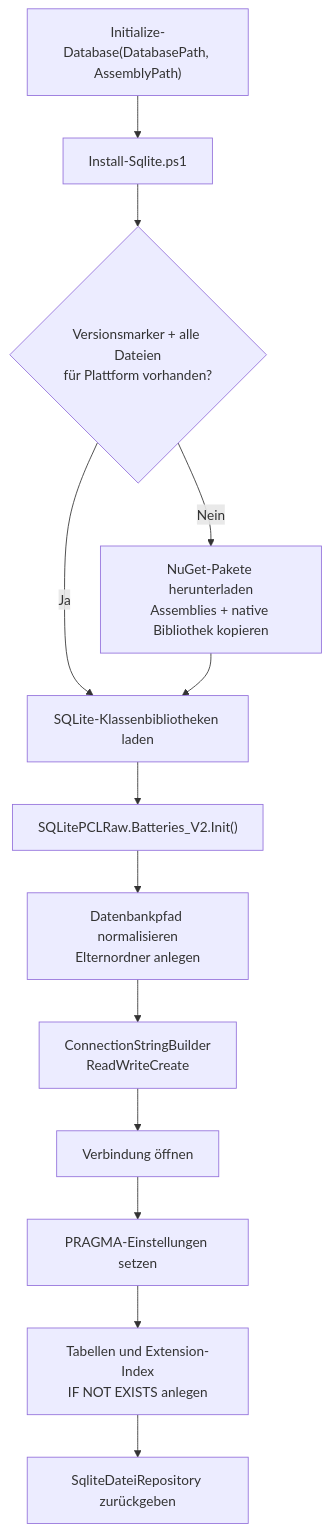
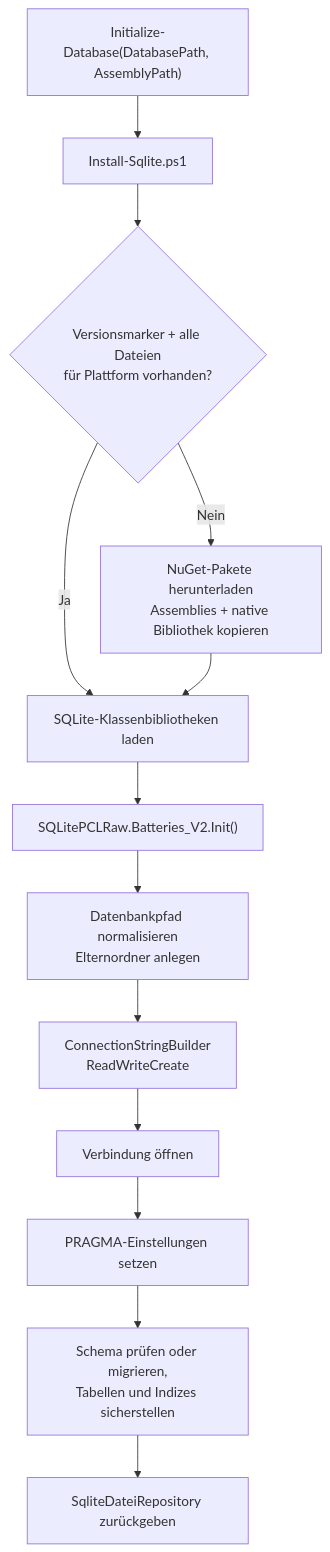
Before and after one commit to Henry-lge/PowerShell-Suchmaschine: the fourth of 4 diagrams in DATABASE.md, drawn with Mermaid. The commit also changed other lines of this file and 6 other files, not shown here.

````diff
--- a/DATABASE.md
+++ b/DATABASE.md
@@ -342,15 +306,15 @@
 ```mermaid
 flowchart TD
     A["Initialize-Database(DatabasePath, AssemblyPath)"] --> B["Install-Sqlite.ps1"]
     B --> C{"Versionsmarker + alle Dateien<br/>für Plattform vorhanden?"}
     C -- Ja --> E["SQLite-Klassenbibliotheken laden"]
     C -- Nein --> D["NuGet-Pakete herunterladen<br/>Assemblies + native Bibliothek kopieren"]
     D --> E
     E --> F["SQLitePCLRaw.Batteries_V2.Init()"]
     F --> G["Datenbankpfad normalisieren<br/>Elternordner anlegen"]
     G --> H["ConnectionStringBuilder<br/>ReadWriteCreate"]
     H --> I["Verbindung öffnen"]
     I --> J["PRAGMA-Einstellungen setzen"]
-    J --> K["Tabellen und Extension-Index<br/>IF NOT EXISTS anlegen"]
+    J --> K["Schema prüfen oder migrieren,<br/>Tabellen und Indizes sicherstellen"]
     K --> L["SqliteDateiRepository zurückgeben"]
 ```
````
